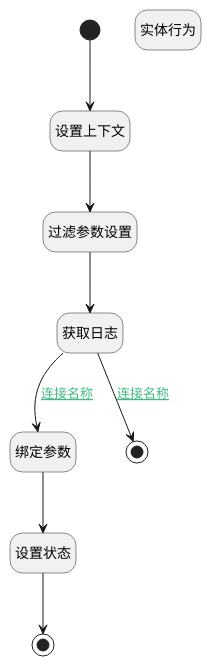
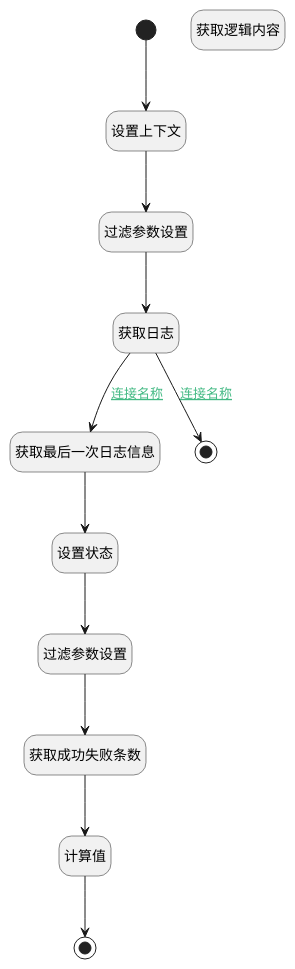
One commit to iBizLab/plm changed the diagram in doc/docsify/module/extension/PSDELogic/logic/get_last_run_info.md. Above: the diagram before and after it, drawn with PlantUML. The commit also changed other lines of this file and 6272 other files, not shown here.

````diff
--- a/doc/docsify/module/extension/PSDELogic/logic/get_last_run_info.md
+++ b/doc/docsify/module/extension/PSDELogic/logic/get_last_run_info.md
@@ -7,32 +7,38 @@
 ```plantuml
 @startuml
 hide empty description
 <style>
 root {
   HyperlinkColor #42b983
 }
 </style>
 
 hide empty description
 state "开始" as Begin <<start>> [[$./get_last_run_info#begin {"开始"}]]
 state "设置上下文" as PREPAREPARAM1  [[$./get_last_run_info#prepareparam1 {"设置上下文"}]]
-state "实体行为" as DEACTION1  [[$./get_last_run_info#deaction1 {"实体行为"}]]
+state "获取逻辑内容" as DEACTION1  [[$./get_last_run_info#deaction1 {"获取逻辑内容"}]]
 state "过滤参数设置" as PREPAREPARAM2  [[$./get_last_run_info#prepareparam2 {"过滤参数设置"}]]
 state "获取日志" as DEDATASET1  [[$./get_last_run_info#dedataset1 {"获取日志"}]]
-state "绑定参数" as BINDPARAM1  [[$./get_last_run_info#bindparam1 {"绑定参数"}]]
-state "结束" as END1 <<end>> [[$./get_last_run_info#end1 {"结束"}]]
+state "获取最后一次日志信息" as BINDPARAM1  [[$./get_last_run_info#bindparam1 {"获取最后一次日志信息"}]]
 state "设置状态" as PREPAREPARAM3  [[$./get_last_run_info#prepareparam3 {"设置状态"}]]
 state "结束" as END2 <<end>> [[$./get_last_run_info#end2 {"结束"}]]
+state "过滤参数设置" as PREPAREPARAM4  [[$./get_last_run_info#prepareparam4 {"过滤参数设置"}]]
+state "结束" as END1 <<end>> [[$./get_last_run_info#end1 {"结束"}]]
+state "获取成功失败条数" as DEDATASET2  [[$./get_last_run_info#dedataset2 {"获取成功失败条数"}]]
+state "计算值" as RAWSFCODE1  [[$./get_last_run_info#rawsfcode1 {"计算值"}]]
 
 
 Begin --> PREPAREPARAM1
 PREPAREPARAM1 --> PREPAREPARAM2
 PREPAREPARAM2 --> DEDATASET1
 DEDATASET1 --> BINDPARAM1 : [[$./get_last_run_info#dedataset1-bindparam1{连接名称} 连接名称]]
 BINDPARAM1 --> PREPAREPARAM3
-PREPAREPARAM3 --> END1
+PREPAREPARAM3 --> PREPAREPARAM4
+PREPAREPARAM4 --> DEDATASET2
+DEDATASET2 --> RAWSFCODE1
+RAWSFCODE1 --> END1
 DEDATASET1 --> END2 : [[$./get_last_run_info#dedataset1-end2{连接名称} 连接名称]]
 
 
 @enduml
 ```
````
